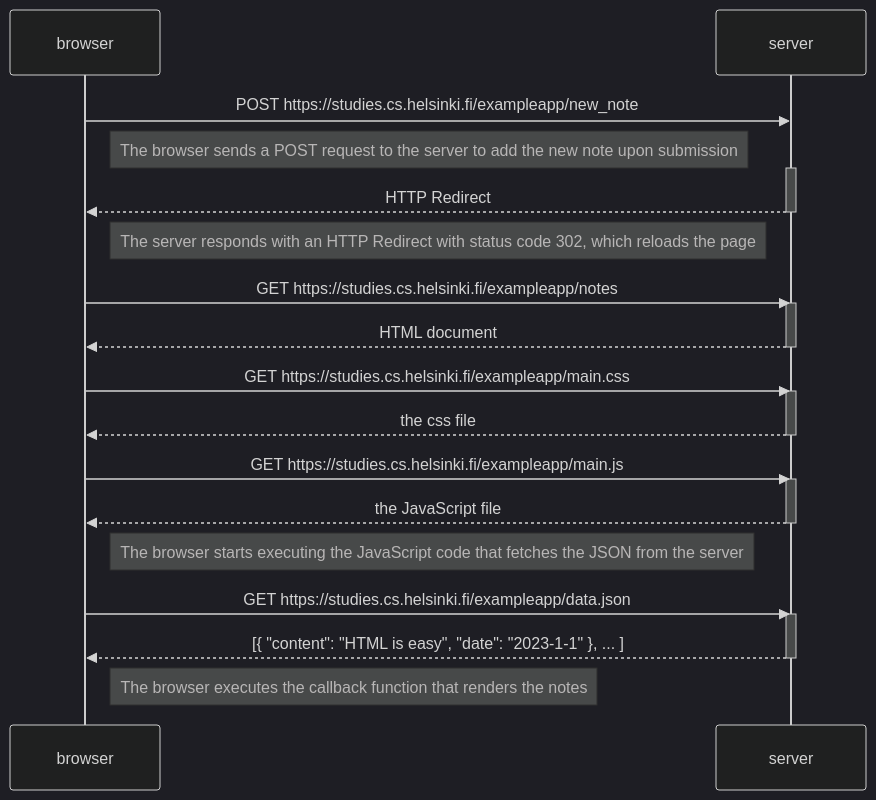
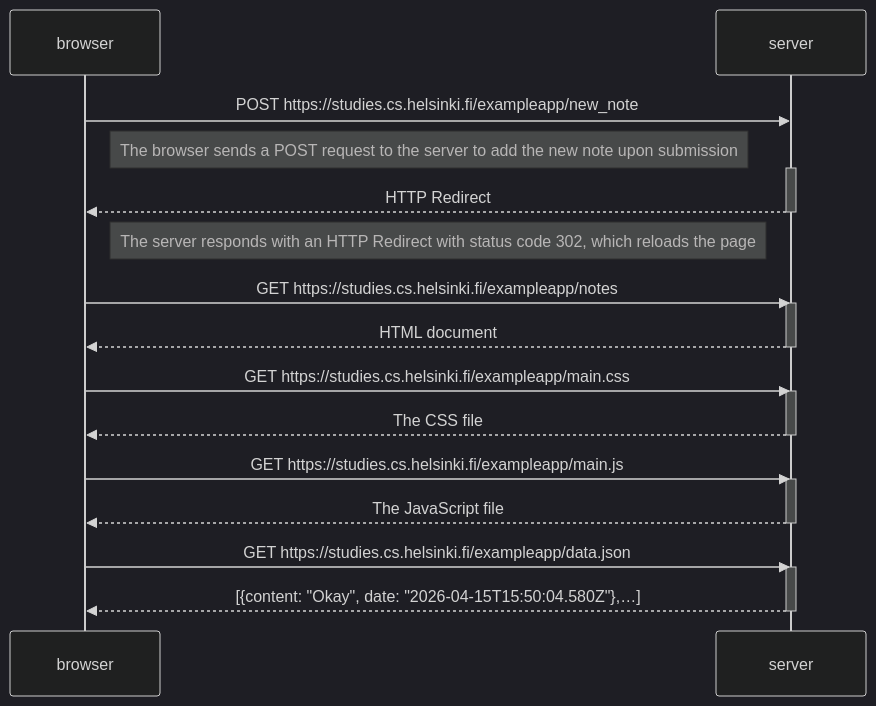
Before and after one commit to Abdk06/FullstackOpen-Solutions: the diagram in part0/0.4: New note diagram.md, drawn with Mermaid (dark theme).

Commit message:
Update 0.4: New note diagram.md

````diff
--- a/part0/0.4: New note diagram.md
+++ b/part0/0.4: New note diagram.md
@@ -1,36 +1,33 @@
 ```mermaid
 sequenceDiagram
     participant browser
     participant server
 
     browser->>server: POST https://studies.cs.helsinki.fi/exampleapp/new_note
     Note right of browser: The browser sends a POST request to the server to add the new note upon submission
     activate server
     server-->>browser: HTTP Redirect
     deactivate server
     Note right of browser: The server responds with an HTTP Redirect with status code 302, which reloads the page
 
     browser->>server: GET https://studies.cs.helsinki.fi/exampleapp/notes
     activate server
     server-->>browser: HTML document
     deactivate server
 
     browser->>server: GET https://studies.cs.helsinki.fi/exampleapp/main.css
     activate server
-    server-->>browser: the css file
+    server-->>browser: The CSS file
     deactivate server
 
     browser->>server: GET https://studies.cs.helsinki.fi/exampleapp/main.js
     activate server
-    server-->>browser: the JavaScript file
+    server-->>browser: The JavaScript file
     deactivate server
-
-    Note right of browser: The browser starts executing the JavaScript code that fetches the JSON from the server
 
     browser->>server: GET https://studies.cs.helsinki.fi/exampleapp/data.json
     activate server
-    server-->>browser: [{ "content": "HTML is easy", "date": "2023-1-1" }, ... ]
+    server-->>browser: [{content: "Okay", date: "2026-04-15T15:50:04.580Z"},…]
     deactivate server
 
-    Note right of browser: The browser executes the callback function that renders the notes
 ```
````
